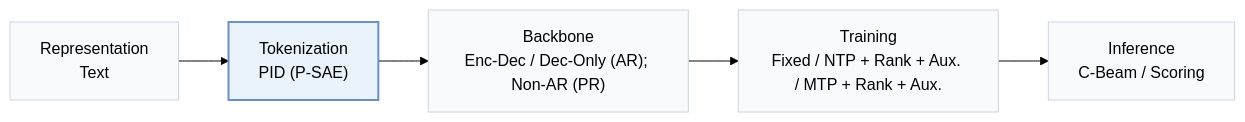
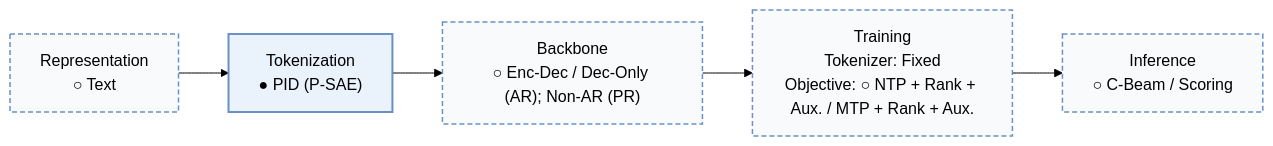
The first of 2 diagrams in pages/papers/api.md (Galaxy-ghost/Awesome-SID-Generative-Rec), drawn with Mermaid (forest theme) before and after one commit. The commit also changed other lines of this file and 558 other files, not shown here.

````diff
--- a/pages/papers/api.md
+++ b/pages/papers/api.md
@@ -15,8 +19,10 @@
 ```mermaid
 flowchart LR
-    R["Representation<br/>Text"] --> T["Tokenization<br/>PID (P-SAE)"] --> B["Backbone<br/>Enc-Dec / Dec-Only (AR); Non-AR (PR)"] --> TR["Training<br/>Fixed / NTP + Rank + Aux. / MTP + Rank + Aux."] --> I["Inference<br/>C-Beam / Scoring"]
+    R["Representation<br/>○ Text"] --> T["Tokenization<br/>● PID (P-SAE)"] --> B["Backbone<br/>○ Enc-Dec / Dec-Only (AR); Non-AR (PR)"] --> TR["Training<br/>Tokenizer: Fixed<br/>Objective: ○ NTP + Rank + Aux. / MTP + Rank + Aux."] --> I["Inference<br/>○ C-Beam / Scoring"]
     classDef base fill:#f8fafc,stroke:#cbd5e1
     class R,T,B,TR,I base
+    classDef other fill:#f8fafc,stroke:#6b8fc7,stroke-width:1.5px,stroke-dasharray:5 3
+    class R,B,TR,I other
     classDef main fill:#eaf2fb,stroke:#6b8fc7,stroke-width:2px
     class T main
 ```
````
